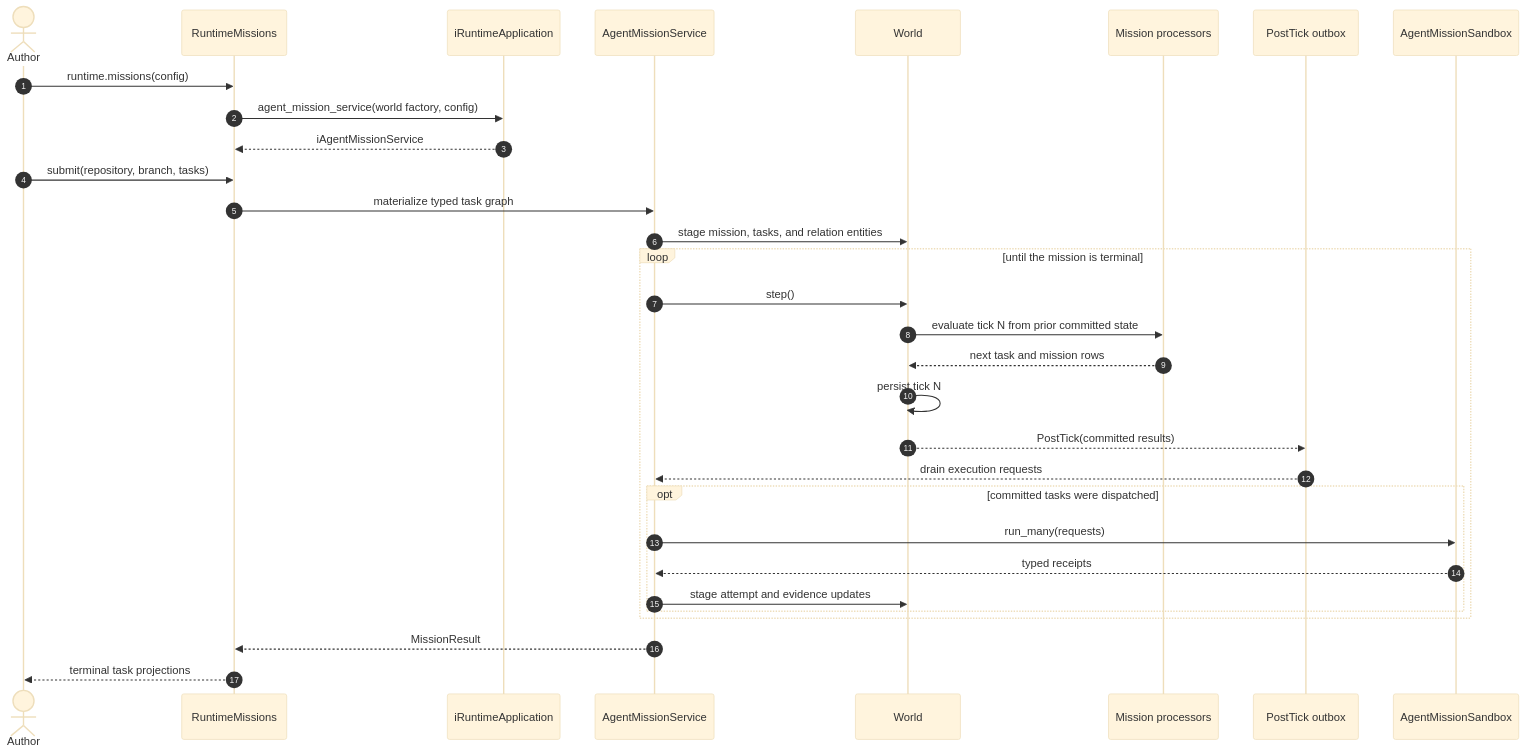
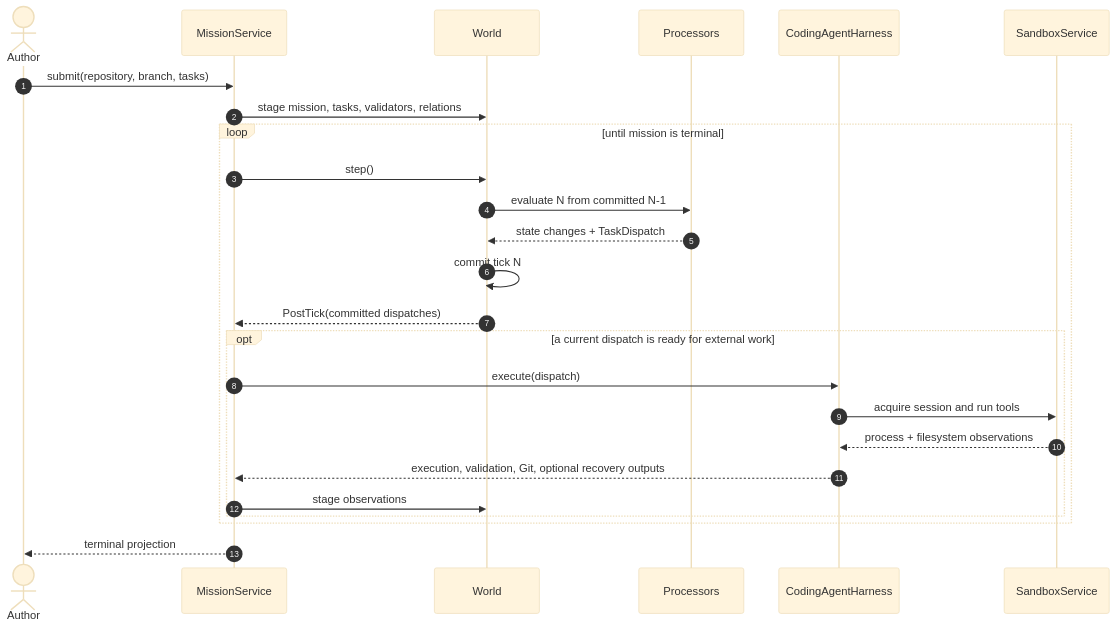
One commit to VangelisTech/archetype changed the second of 3 diagrams in docs/guide/agent-missions.md. Above: the diagram before and after it, drawn with Mermaid (base theme). The commit also changed other lines of this file, not shown here.

Commit message:
docs: define agent missions software factory contract

````diff
--- a/docs/guide/agent-missions.md
+++ b/docs/guide/agent-missions.md
@@ -222,36 +204,30 @@
 ```mermaid
 sequenceDiagram
     autonumber
     actor Author
-    participant Runtime as RuntimeMissions
-    participant Application as iRuntimeApplication
-    participant Service as AgentMissionService
+    participant Service as MissionService
     participant World
-    participant Pipeline as Mission processors
-    participant Outbox as PostTick outbox
-    participant Sandbox as AgentMissionSandbox
+    participant Processors
+    participant Harness as CodingAgentHarness
+    participant Sandboxes as SandboxService
 
-    Author->>Runtime: runtime.missions(config)
-    Runtime->>Application: agent_mission_service(world factory, config)
-    Application-->>Runtime: iAgentMissionService
-    Author->>Runtime: submit(repository, branch, tasks)
-    Runtime->>Service: materialize typed task graph
-    Service->>World: stage mission, tasks, and relation entities
+    Author->>Service: submit(repository, branch, tasks)
+    Service->>World: stage mission, tasks, validators, relations
 
-    loop until the mission is terminal
+    loop until mission is terminal
         Service->>World: step()
-        World->>Pipeline: evaluate tick N from prior committed state
-        Pipeline-->>World: next task and mission rows
-        World->>World: persist tick N
-        World-->>Outbox: PostTick(committed results)
-        Outbox-->>Service: drain execution requests
-        opt committed tasks were dispatched
-            Service->>Sandbox: run_many(requests)
-            Sandbox-->>Service: typed receipts
-            Service->>World: stage attempt and evidence updates
+        World->>Processors: evaluate N from committed N-1
+        Processors-->>World: state changes + TaskDispatch
+        World->>World: commit tick N
+        World-->>Service: PostTick(committed dispatches)
+        opt a current dispatch is ready for external work
+            Service->>Harness: execute(dispatch)
+            Harness->>Sandboxes: acquire session and run tools
+            Sandboxes-->>Harness: process + filesystem observations
+            Harness-->>Service: execution, validation, Git, optional recovery outputs
+            Service->>World: stage observations
         end
     end
 
-    Service-->>Runtime: MissionResult
-    Runtime-->>Author: terminal task projections
+    Service-->>Author: terminal projection
 ```
````
